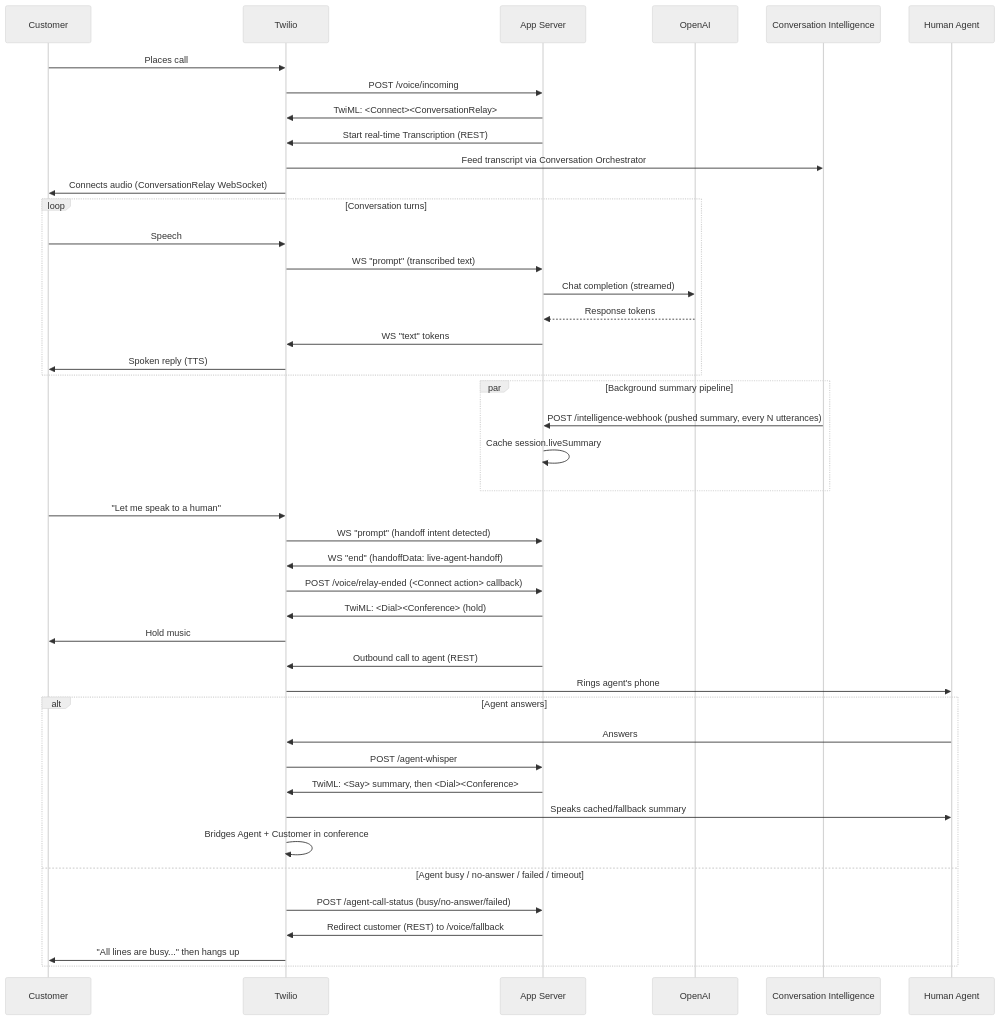
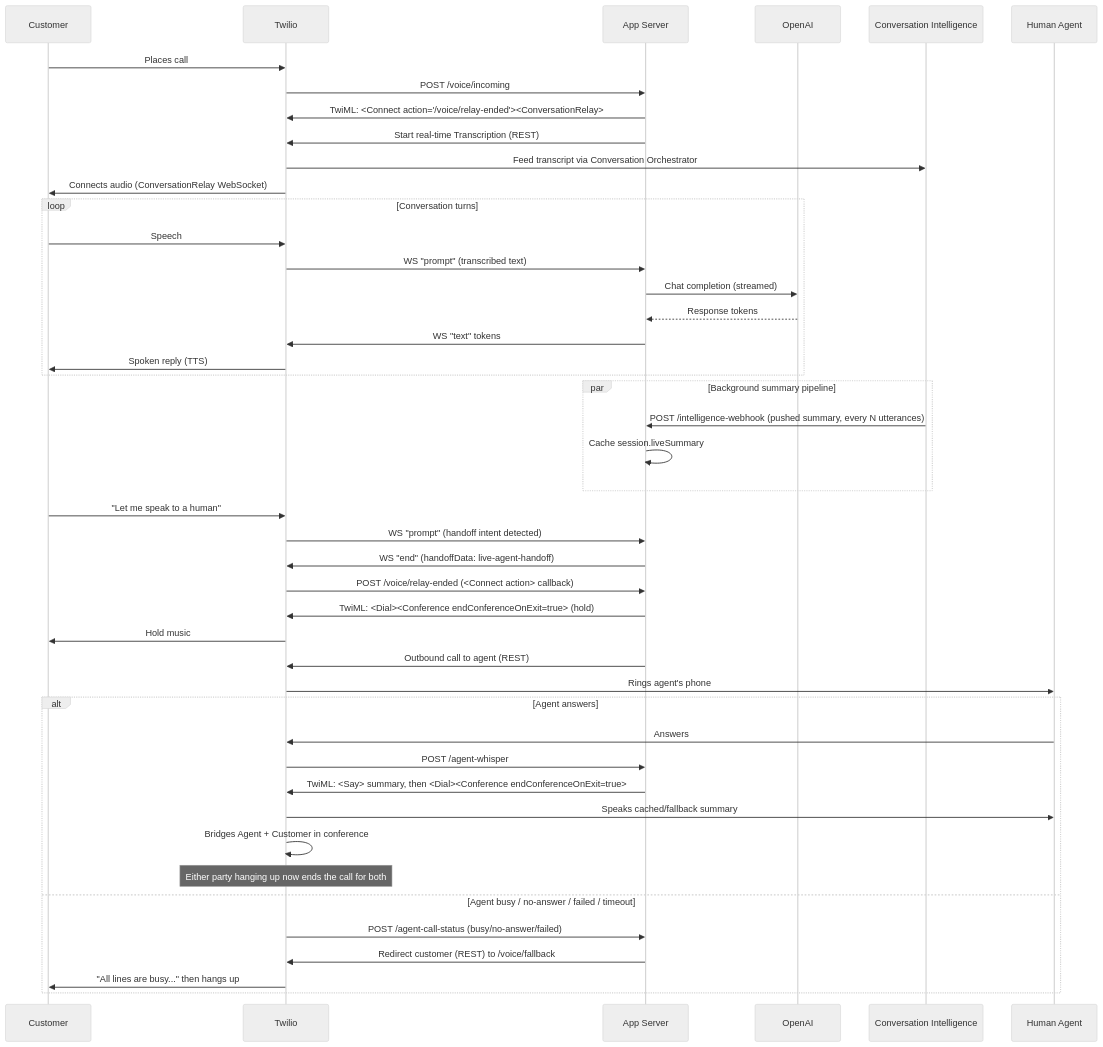
One commit to aricday/owl-shoes-cr-poc changed the diagram in README.md. Above: the diagram before and after it, drawn with Mermaid (neutral theme).

````diff
--- a/README.md
+++ b/README.md
@@ -19,51 +19,52 @@
 ```mermaid
 sequenceDiagram
     participant Customer
     participant Twilio
     participant App as App Server
     participant OpenAI
     participant CI as Conversation Intelligence
     participant Agent as Human Agent
 
     Customer->>Twilio: Places call
     Twilio->>App: POST /voice/incoming
-    App->>Twilio: TwiML: <Connect><ConversationRelay>
+    App->>Twilio: TwiML: <Connect action="/voice/relay-ended"><ConversationRelay>
     App->>Twilio: Start real-time Transcription (REST)
     Twilio->>CI: Feed transcript via Conversation Orchestrator
     Twilio->>Customer: Connects audio (ConversationRelay WebSocket)
 
     loop Conversation turns
         Customer->>Twilio: Speech
         Twilio->>App: WS "prompt" (transcribed text)
         App->>OpenAI: Chat completion (streamed)
         OpenAI-->>App: Response tokens
         App->>Twilio: WS "text" tokens
         Twilio->>Customer: Spoken reply (TTS)
     end
 
     par Background summary pipeline
         CI->>App: POST /intelligence-webhook (pushed summary, every N utterances)
         App->>App: Cache session.liveSummary
     end
 
     Customer->>Twilio: "Let me speak to a human"
     Twilio->>App: WS "prompt" (handoff intent detected)
     App->>Twilio: WS "end" (handoffData: live-agent-handoff)
     Twilio->>App: POST /voice/relay-ended (<Connect action> callback)
-    App->>Twilio: TwiML: <Dial><Conference> (hold)
+    App->>Twilio: TwiML: <Dial><Conference endConferenceOnExit=true> (hold)
     Twilio->>Customer: Hold music
     App->>Twilio: Outbound call to agent (REST)
     Twilio->>Agent: Rings agent's phone
 
     alt Agent answers
         Agent->>Twilio: Answers
         Twilio->>App: POST /agent-whisper
-        App->>Twilio: TwiML: <Say> summary, then <Dial><Conference>
+        App->>Twilio: TwiML: <Say> summary, then <Dial><Conference endConferenceOnExit=true>
         Twilio->>Agent: Speaks cached/fallback summary
         Twilio->>Twilio: Bridges Agent + Customer in conference
+        Note over Twilio: Either party hanging up now ends the call for both
     else Agent busy / no-answer / failed / timeout
         Twilio->>App: POST /agent-call-status (busy/no-answer/failed)
         App->>Twilio: Redirect customer (REST) to /voice/fallback
         Twilio->>Customer: "All lines are busy..." then hangs up
     end
 ```
````
